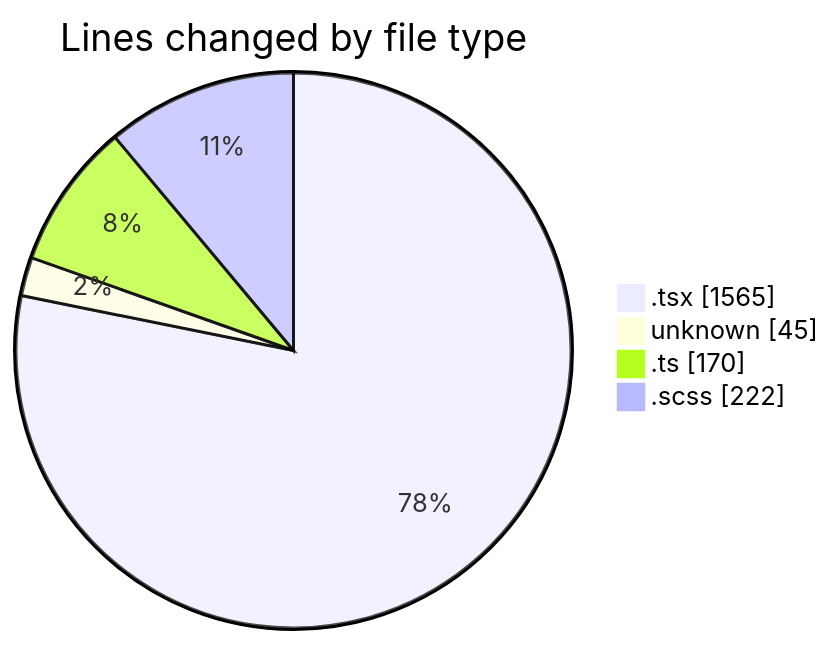
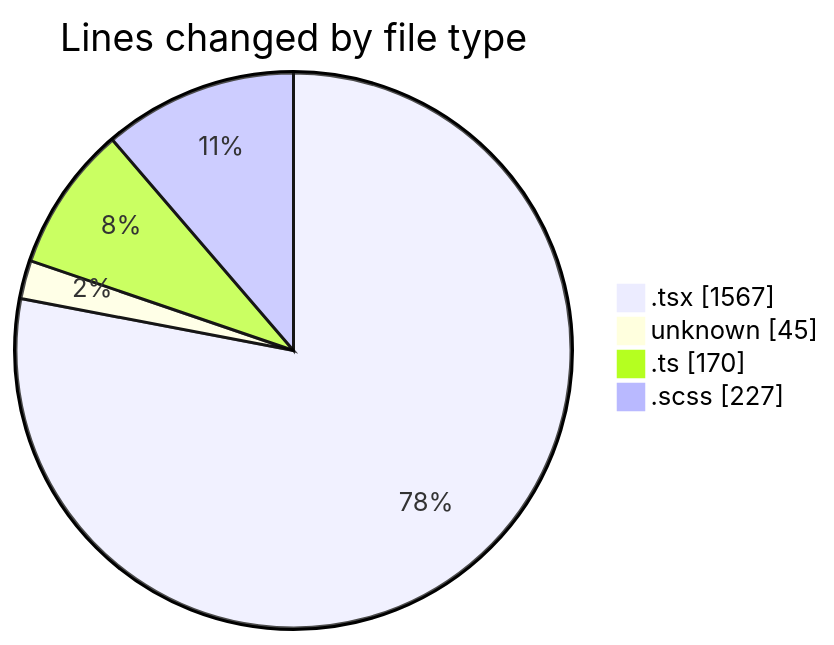
Before and after one commit to momahboobian/code-tracking: the first of 2 diagrams in 2025-09-01/cda/README.md, drawn with Mermaid. The commit also changed other lines of this file and 1 other file, not shown here.

````diff
--- a/2025-09-01/cda/README.md
+++ b/2025-09-01/cda/README.md
@@ -26,8 +26,8 @@
 ```mermaid
 pie showData
 title Lines changed by file type
-".tsx" : 1565
+".tsx" : 1567
 "unknown" : 45
 ".ts" : 170
-".scss" : 222
+".scss" : 227
 ```
````
